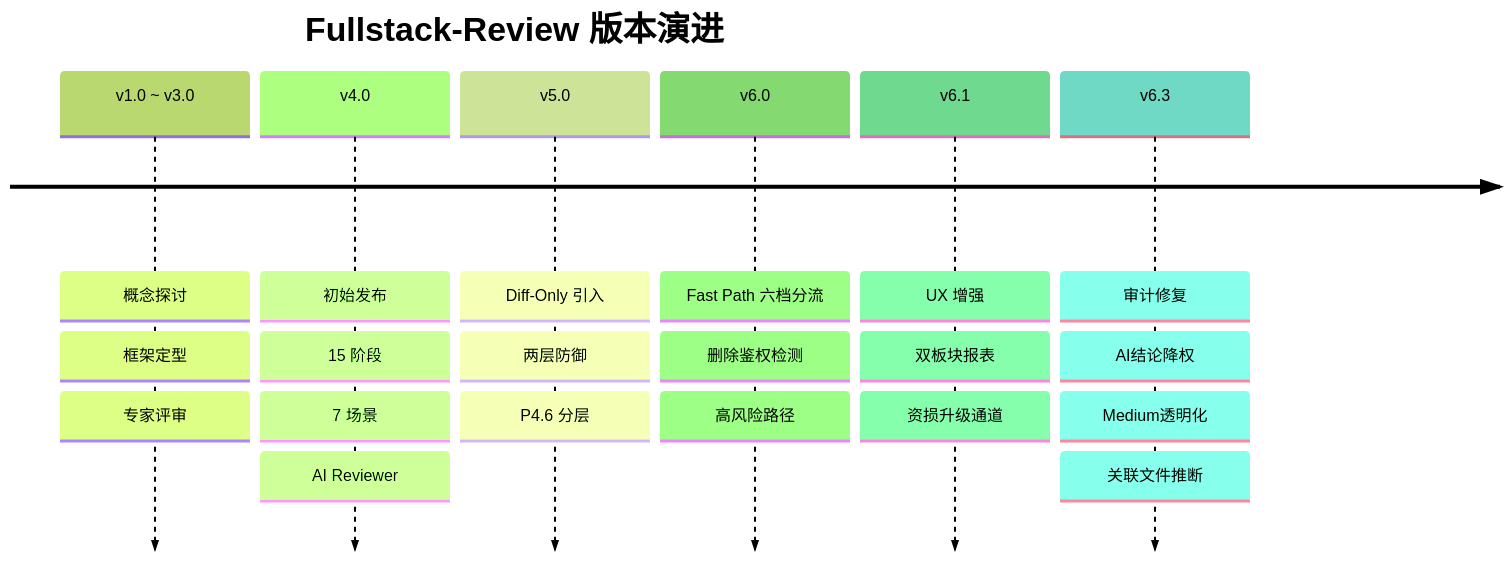
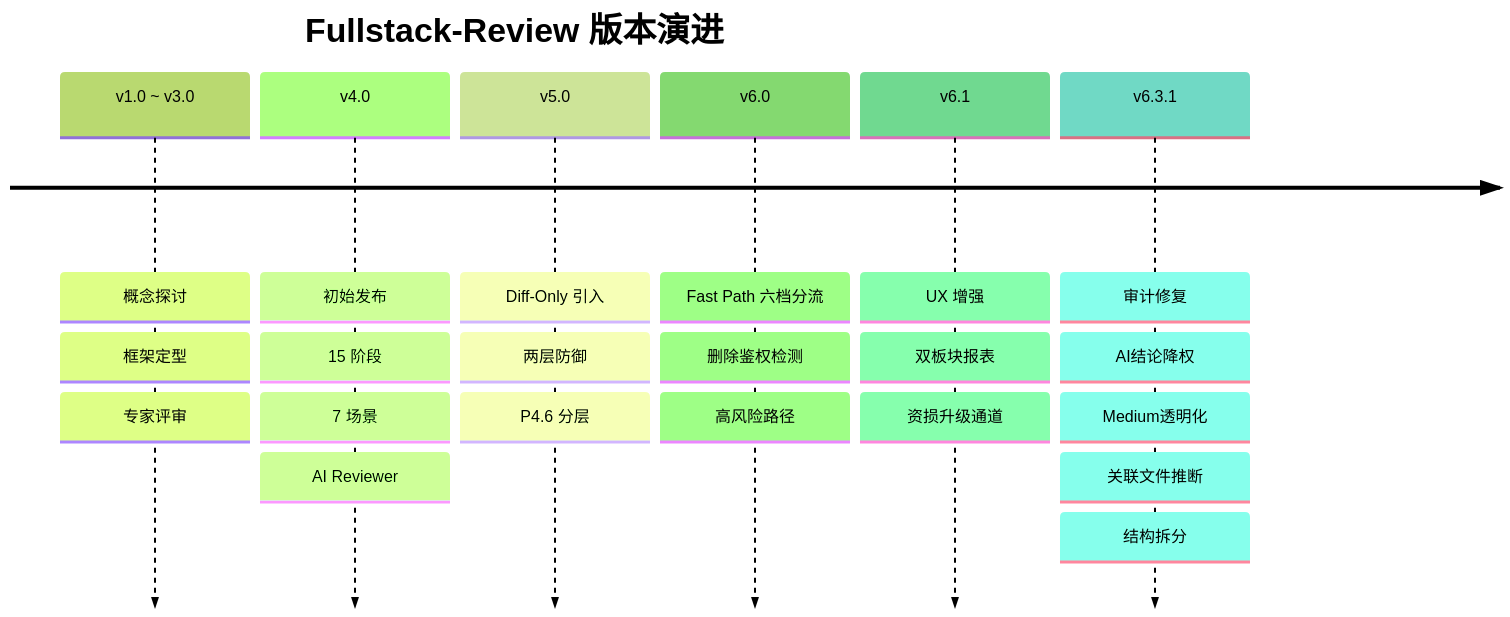
Before and after one commit to Rlkka2/Hermes-Fullstack-review-skill: the first of 3 diagrams in BENCHMARK.md, drawn with Mermaid (forest theme). The commit also changed other lines of this file and 5 other files, not shown here.

````diff
--- a/BENCHMARK.md
+++ b/BENCHMARK.md
@@ -5,10 +5,10 @@
 ```mermaid
 timeline
     title Fullstack-Review 版本演进
     v1.0 ~ v3.0 : 概念探讨 : 框架定型 : 专家评审
     v4.0 : 初始发布 : 15 阶段 : 7 场景 : AI Reviewer
     v5.0 : Diff-Only 引入 : 两层防御 : P4.6 分层
     v6.0 : Fast Path 六档分流 : 删除鉴权检测 : 高风险路径
     v6.1 : UX 增强 : 双板块报表 : 资损升级通道
-    v6.3 : 审计修复 : AI结论降权 : Medium透明化 : 关联文件推断
+    v6.3.1 : 审计修复 : AI结论降权 : Medium透明化 : 关联文件推断 : 结构拆分
 ```
````
